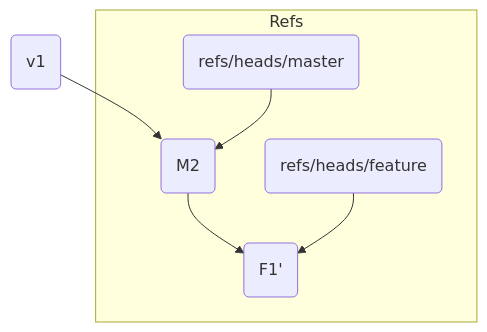
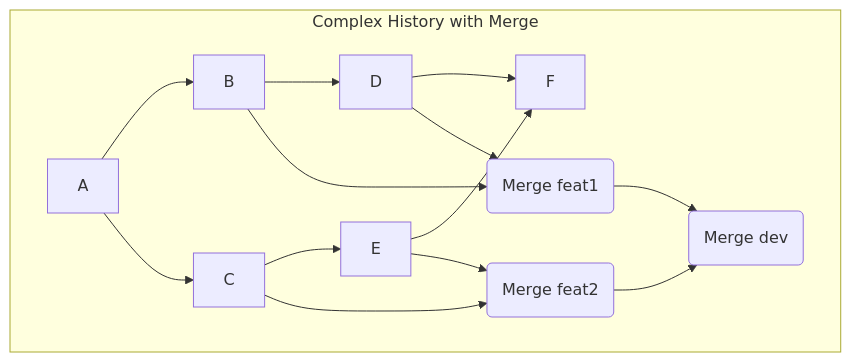
The first of 3 diagrams in manuscript/part4/chapter21.md (engineers-hub-ltd-in-house-project/git-deep-understanding), drawn with Mermaid before and after one commit. The commit also changed other lines of this file and 36 other files, not shown here.

````diff
--- a/manuscript/part4/chapter21.md
+++ b/manuscript/part4/chapter21.md
@@ -82,9 +9,13 @@
 ```mermaid
 graph TD
-    C1("v1") --> M2("M2") --> F1_prime("F1'")
-
-    subgraph Refs
-        Feature("refs/heads/feature") --> F1_prime
-        Master("refs/heads/master") --> M2
+    subgraph "Complex History with Merge"
+        A --> B --> D --> F
+        A --> C --> E --> F
+        B --> G("Merge feat1")
+        D --> G
+        C --> H("Merge feat2")
+        E --> H
+        G --> I("Merge dev")
+        H --> I
     end
 ```
````
